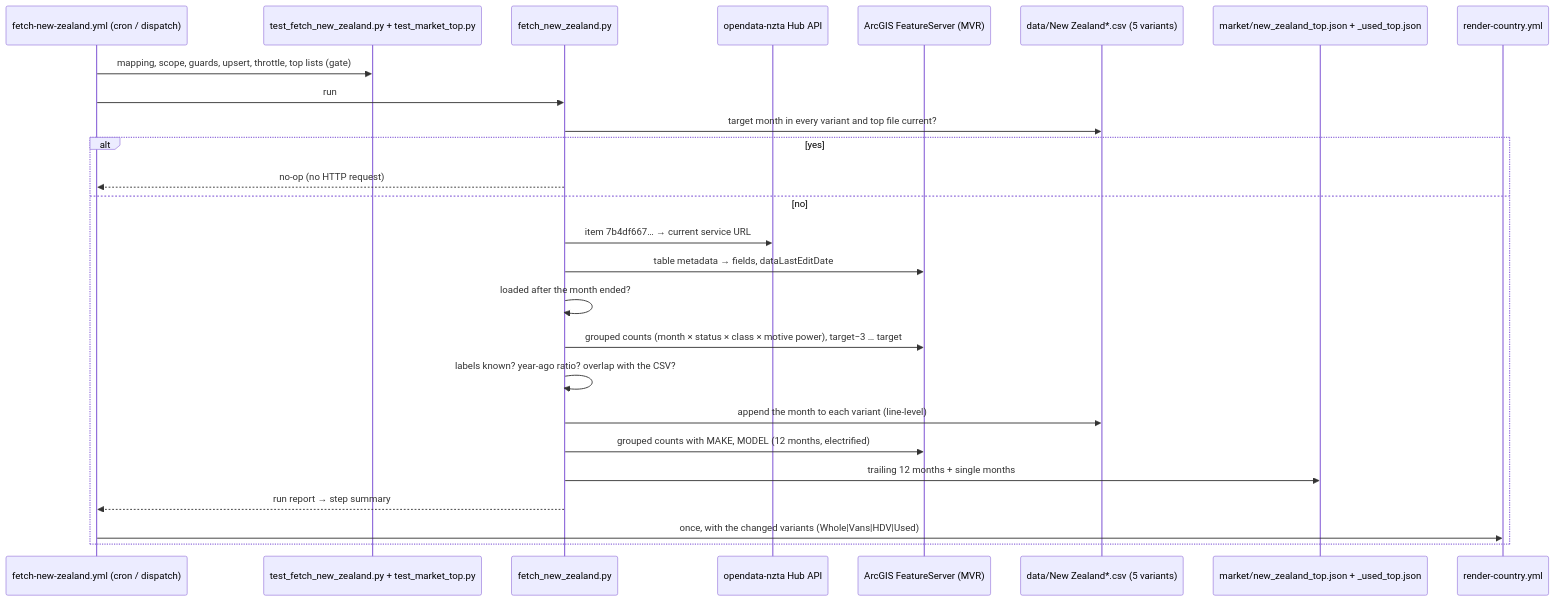
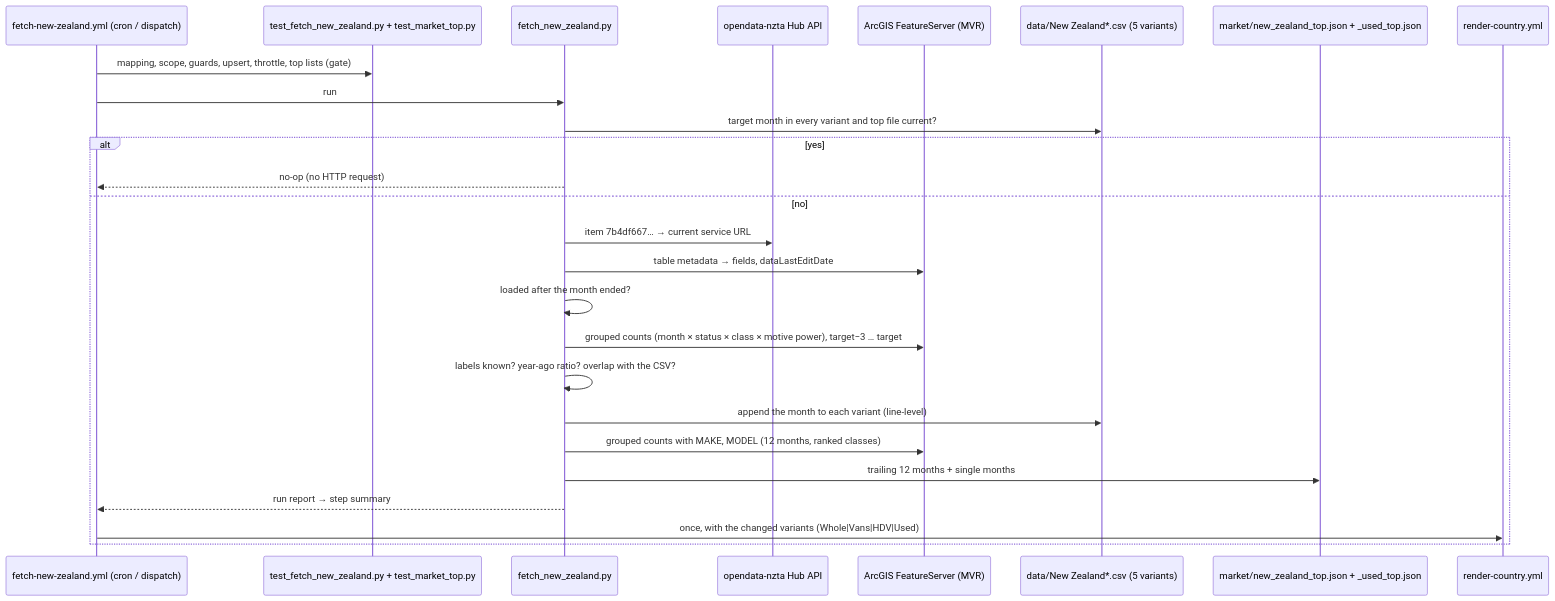
The diagram in docs/architecture/19-source-new-zealand.md (LeRaffl/LeRaffl-Gallery), drawn with Mermaid before and after one commit. The commit also changed other lines of this file and 32 other files, not shown here.

````diff
--- a/docs/architecture/19-source-new-zealand.md
+++ b/docs/architecture/19-source-new-zealand.md
@@ -330,28 +330,28 @@
 ```mermaid
 sequenceDiagram
     participant Cron as fetch-new-zealand.yml (cron / dispatch)
     participant Test as test_fetch_new_zealand.py + test_market_top.py
     participant Py as fetch_new_zealand.py
     participant Hub as opendata-nzta Hub API
     participant FS as ArcGIS FeatureServer (MVR)
     participant CSV as data/New Zealand*.csv (5 variants)
     participant Top as market/new_zealand_top.json + _used_top.json
     participant Render as render-country.yml
     Cron->>Test: mapping, scope, guards, upsert, throttle, top lists (gate)
     Cron->>Py: run
     Py->>CSV: target month in every variant and top file current?
     alt yes
         Py-->>Cron: no-op (no HTTP request)
     else no
         Py->>Hub: item 7b4df667… → current service URL
         Py->>FS: table metadata → fields, dataLastEditDate
         Py->>Py: loaded after the month ended?
         Py->>FS: grouped counts (month × status × class × motive power), target−3 … target
         Py->>Py: labels known? year-ago ratio? overlap with the CSV?
         Py->>CSV: append the month to each variant (line-level)
-        Py->>FS: grouped counts with MAKE, MODEL (12 months, electrified)
+        Py->>FS: grouped counts with MAKE, MODEL (12 months, ranked classes)
         Py->>Top: trailing 12 months + single months
         Py-->>Cron: run report → step summary
         Cron->>Render: once, with the changed variants (Whole|Vans|HDV|Used)
     end
 ```
````
